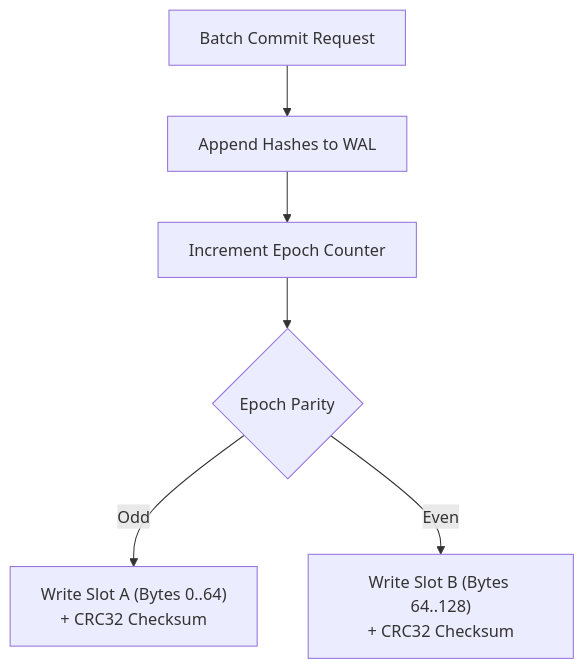
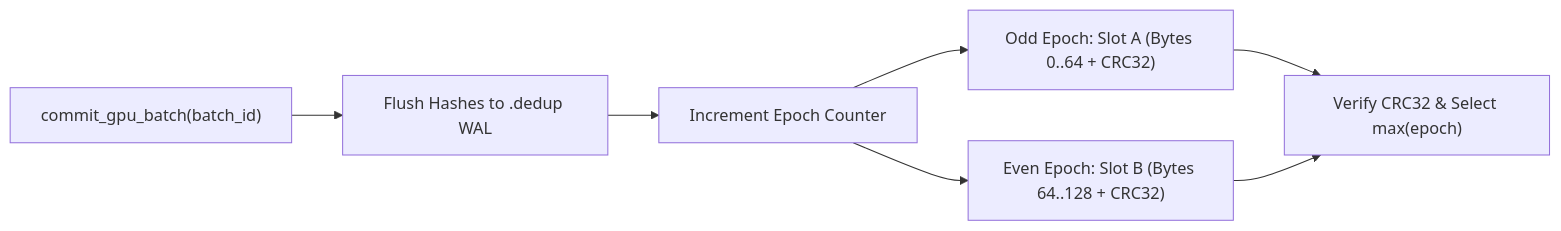
The diagram in docs/dataloader/coord_and_metadata/README.md (cloverx-id/luminamoon), drawn with Mermaid before and after one commit. The commit also changed other lines of this file and 49 other files, not shown here.

Commit message:
change diagram style

````diff
--- a/docs/dataloader/coord_and_metadata/README.md
+++ b/docs/dataloader/coord_and_metadata/README.md
@@ -40,8 +38,9 @@
 ```mermaid
-flowchart TD
-    Commit["Batch Commit Request"] --> WAL["Append Hashes to WAL"]
+flowchart LR
+    Commit["commit_gpu_batch(batch_id)"] --> WAL["Flush Hashes to .dedup WAL"]
     WAL --> Epoch["Increment Epoch Counter"]
-    Epoch --> Parity{"Epoch Parity"}
-    Parity -->|"Odd"| SlotA["Write Slot A (Bytes 0..64)\n+ CRC32 Checksum"]
-    Parity -->|"Even"| SlotB["Write Slot B (Bytes 64..128)\n+ CRC32 Checksum"]
+    Epoch --> SlotA["Odd Epoch: Slot A (Bytes 0..64 + CRC32)"]
+    Epoch --> SlotB["Even Epoch: Slot B (Bytes 64..128 + CRC32)"]
+    SlotA --> Recover["Verify CRC32 & Select max(epoch)"]
+    SlotB --> Recover
 ```
````
